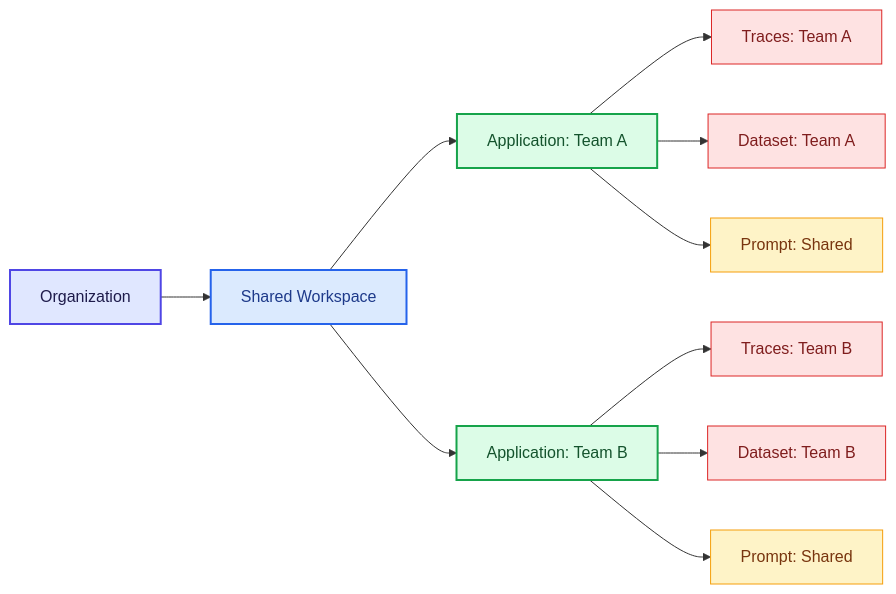
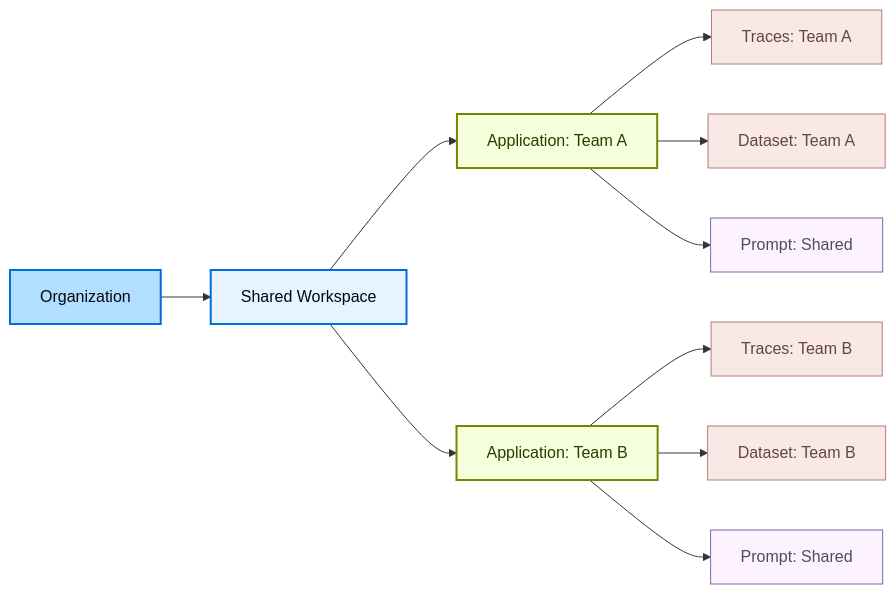
One commit to kunfan96/cndocs-langchain changed the second of 3 diagrams in langsmith/workload-isolation.mdx. Above: the diagram before and after it, drawn with Mermaid. The commit also changed other lines of this file and 2538 other files, not shown here.

````diff
--- a/langsmith/workload-isolation.mdx
+++ b/langsmith/workload-isolation.mdx
@@ -78,42 +78,42 @@
 ```mermaid actions={false}
 graph LR
     Org[Organization]
 
     WS[Shared Workspace]
 
     AppA[Application: Team A]
     AppB[Application: Team B]
 
     TracesA[Traces: Team A]
     DatasetA[Dataset: Team A]
     PromptA[Prompt: Shared]
 
     TracesB[Traces: Team B]
     DatasetB[Dataset: Team B]
     PromptB[Prompt: Shared]
 
     Org --> WS
 
     WS --> AppA
     WS --> AppB
 
     AppA --> TracesA
     AppA --> DatasetA
     AppA --> PromptA
 
     AppB --> TracesB
     AppB --> DatasetB
     AppB --> PromptB
 
-    classDef orgStyle fill:#E0E7FF,stroke:#4F46E5,stroke-width:2px,color:#1E1B4B
-    classDef wsStyle fill:#DBEAFE,stroke:#2563EB,stroke-width:2px,color:#1E3A8A
-    classDef appStyle fill:#DCFCE7,stroke:#16A34A,stroke-width:2px,color:#14532D
-    classDef restrictedStyle fill:#FEE2E2,stroke:#DC2626,stroke-width:1px,color:#7F1D1D
-    classDef sharedStyle fill:#FEF3C7,stroke:#F59E0B,stroke-width:1px,color:#78350F
+    classDef orgStyle fill:#B2DEFF,stroke:#006DDD,stroke-width:2px,color:#030710
+    classDef wsStyle fill:#E5F4FF,stroke:#006DDD,stroke-width:2px,color:#030710
+    classDef appStyle fill:#F6FFDB,stroke:#6E8900,stroke-width:2px,color:#2E3900
+    classDef restrictedStyle fill:#F8E8E6,stroke:#B27D75,stroke-width:1px,color:#634643
+    classDef sharedStyle fill:#FDF3FF,stroke:#7E65AE,stroke-width:1px,color:#504B5F
 
     class Org orgStyle
     class WS wsStyle
     class AppA,AppB appStyle
     class TracesA,DatasetA,TracesB,DatasetB restrictedStyle
     class PromptA,PromptB sharedStyle
 ```
````
